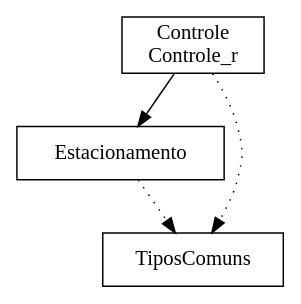
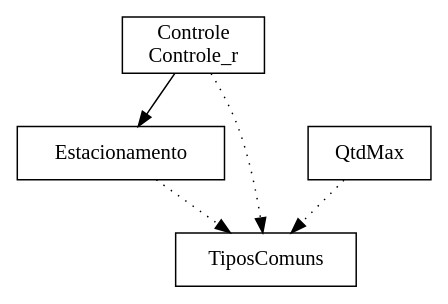
Before and after one commit to ciromdrs/mch_estacionamento: the diagram in Estacionamento/bdp/Estacionamento.dot, drawn with Graphviz. The commit also changed 10 other files, not shown here.

Commit message:
Criando máquina QtdMax

```diff
--- a/Estacionamento/bdp/Estacionamento.dot
+++ b/Estacionamento/bdp/Estacionamento.dot
@@ -1,9 +1,11 @@
 digraph {
 Controle_r [ label=" Controle\nControle_r " shape= box ]
 Estacionamento [ label=" Estacionamento " shape= box ]
+QtdMax [ label=" QtdMax " shape= box ]
 TiposComuns [ label=" TiposComuns " shape= box ]
 
 "Controle_r" -> "TiposComuns" [style= dotted ]
 "Controle_r" -> "Estacionamento" []
 "Estacionamento" -> "TiposComuns" [style= dotted ]
+"QtdMax" -> "TiposComuns" [style= dotted ]
 }
```
